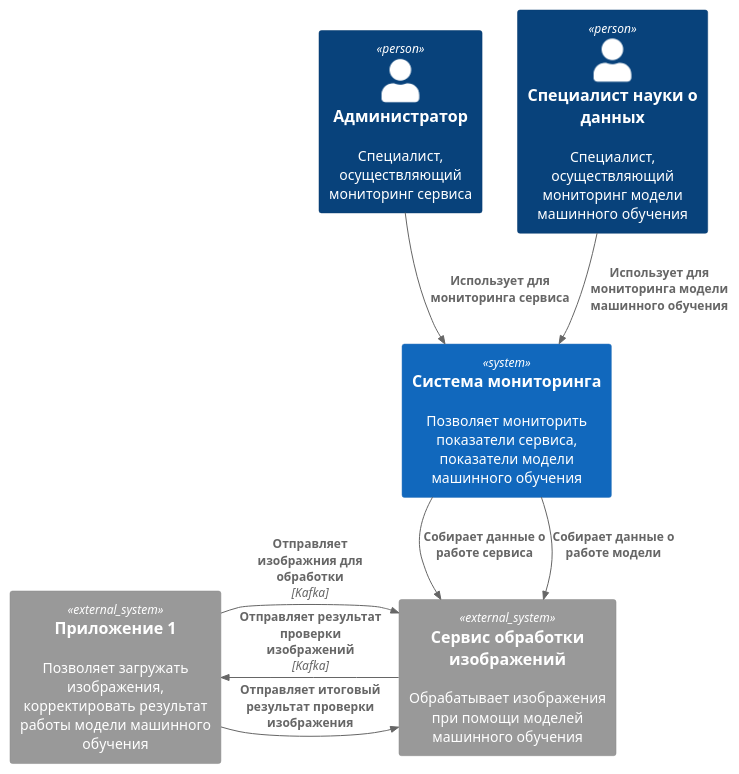
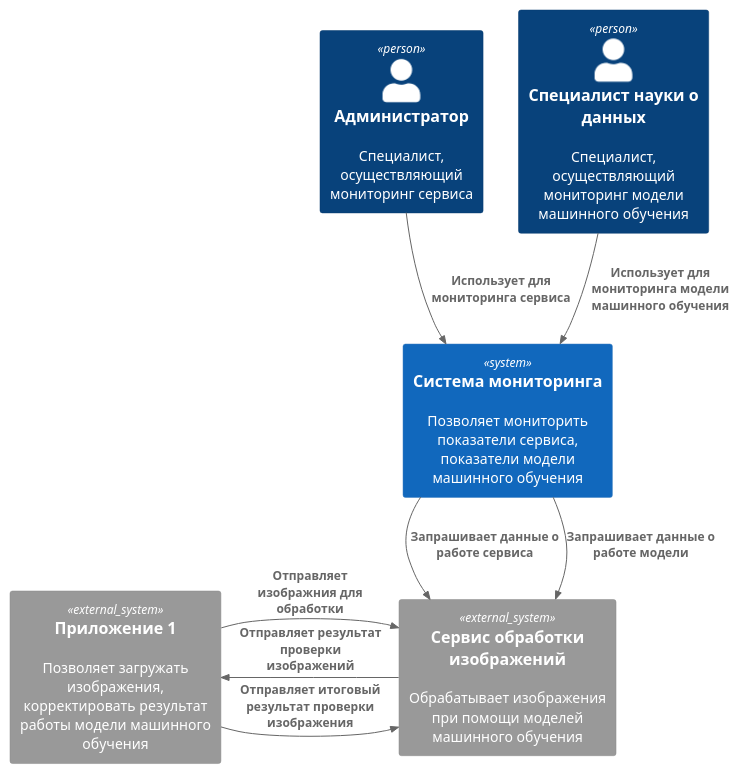
Before and after one commit to Dushenin/monitoring-ml-kafka: the diagram in docs/C4/puml/Context.puml, drawn with PlantUML. The commit also changed 3 other files, not shown here.

Commit message:
Change context diagram

```diff
--- a/docs/C4/puml/Context.puml
+++ b/docs/C4/puml/Context.puml
@@ -1,25 +1,25 @@
 @startuml "c4_context_image_service"
 !include ../../libs/C4_Context.puml
 
 ' LAYOUT_WITH_LEGEND()
 
 ' title Контекстная диаграмма системы мониторинга информационно-технологического сервиса обработки изображений
 
 Person(admin, "Администратор", "Специалист, осуществляющий мониторинг сервиса")
 Person(data_scientist, "Специалист науки о данных", "Специалист, осуществляющий мониторинг модели машинного обучения")
 
 System(service_ml_monitoring_system, "Система мониторинга", "Позволяет мониторить показатели сервиса, показатели модели машинного обучения")
 
 System_Ext(ml_service, "Сервис обработки изображений", "Обрабатывает изображения при помощи моделей машинного обучения")
 System_Ext(service_1, "Приложение 1", "Позволяет загружать изображения, корректировать результат работы модели машинного обучения")
 
 Rel(admin, service_ml_monitoring_system, "Использует для мониторинга сервиса")
 Rel(data_scientist, service_ml_monitoring_system, "Использует для мониторинга модели машинного обучения")
 
-Rel_D(service_ml_monitoring_system, ml_service, "Собирает данные о работе сервиса")
-Rel_D(service_ml_monitoring_system, ml_service, "Собирает данные о работе модели")
+Rel_D(service_ml_monitoring_system, ml_service, "Запрашивает данные о работе сервиса")
+Rel_D(service_ml_monitoring_system, ml_service, "Запрашивает данные о работе модели")
 
-Rel_Neighbor(service_1, ml_service, "Отправляет изображния для обработки", "Kafka")
-Rel_Neighbor(ml_service, service_1, "Отправляет результат проверки изображений", "Kafka")
+Rel_Neighbor(service_1, ml_service, "Отправляет изображния для обработки")
+Rel_Neighbor(ml_service, service_1, "Отправляет результат проверки изображений")
 Rel_Neighbor(service_1, ml_service, "Отправляет итоговый результат проверки изображения")
 @enduml
```
